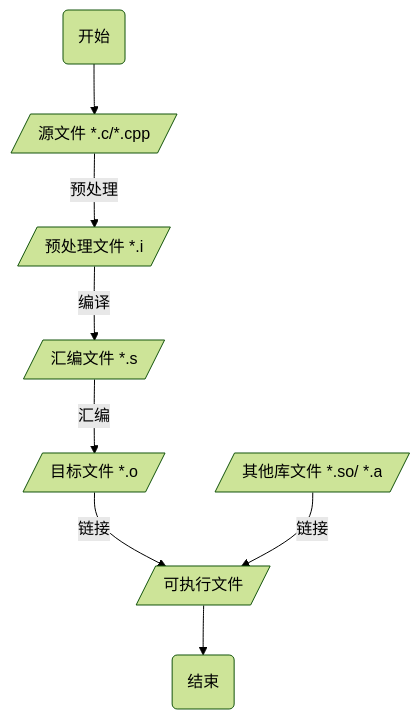
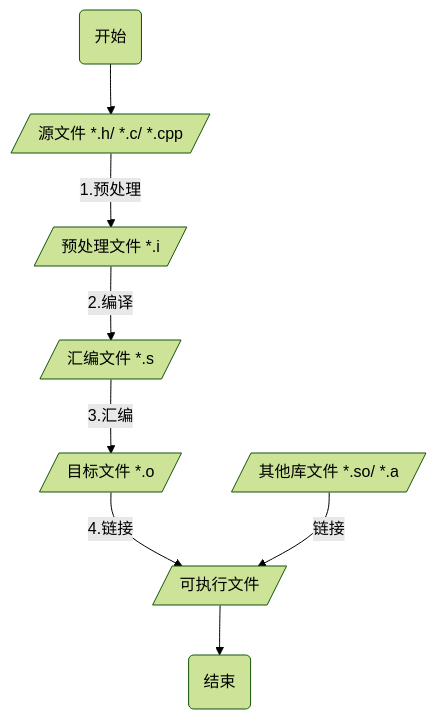
Before and after one commit to dmjcb/SelfBlog: the first of 2 diagrams in Language/C&C++/Compile/编译过程.md, drawn with Mermaid (forest theme). The commit also changed other lines of this file and 66 other files, not shown here.

````diff
--- a/Language/C&C++/Compile/编译过程.md
+++ b/Language/C&C++/Compile/编译过程.md
@@ -14,19 +13,15 @@
 ```mermaid
-graph
+graph TB;
 
-S(开始)
+    S(开始) --> A[/源文件 *.h/ *.c/ *.cpp/]
 
-S --> So[/源文件 *.c/*.cpp/]
+    A -- 1.预处理 --> B[/预处理文件 *.i/]
 
-So --> |预处理| Yu[/预处理文件 *.i/]
+    B -- 2.编译--> C[/汇编文件 *.s/]
 
-Yu --> |编译| Hu[/汇编文件 *.s/]
+    C -- 3.汇编 --> D[/目标文件 *.o/]
 
-Hu --> |汇编| Mu[/目标文件 *.o/]
+    D -- 4.链接--> E[/可执行文件/]
 
-Mu --> |链接| Ke[/可执行文件/]
-
-K[/其他库文件 *.so/ *.a/] --> |链接| Ke[/可执行文件/]
-
-Ke --> E(结束)
+    K[/其他库文件 *.so/ *.a/] -- 链接--> E[/可执行文件/] --> F(结束)
 ```
````
